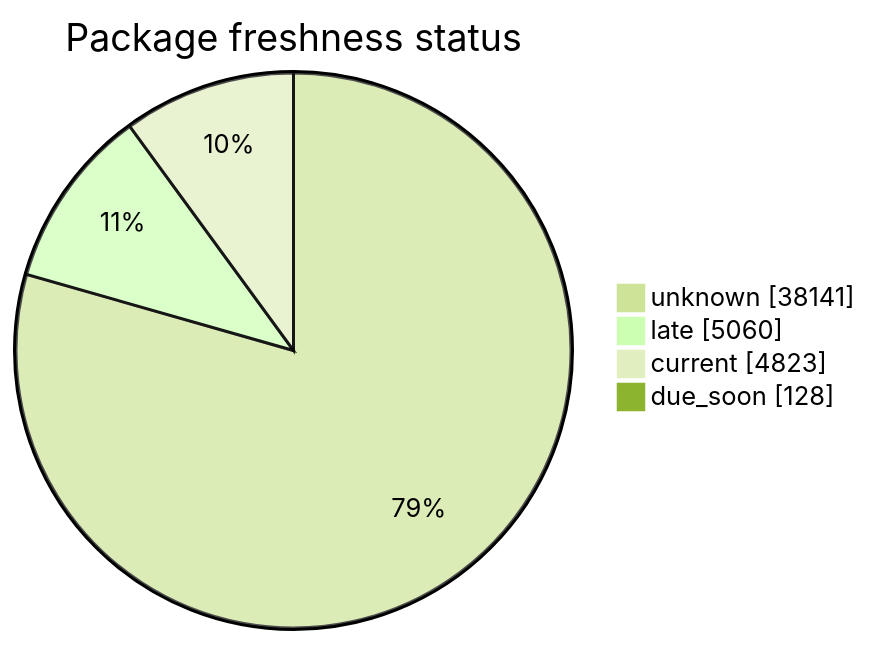
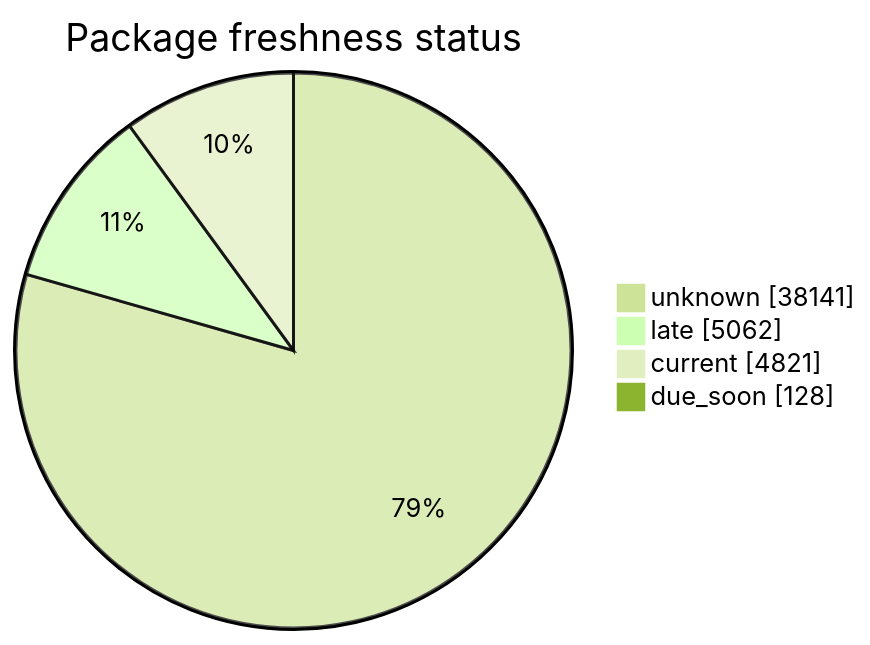
The second of 5 diagrams in FreshCheck/README.md (open-data/analytics-corporate-reporting), drawn with Mermaid (forest theme) before and after one commit. The commit also changed other lines of this file and 3 other files, not shown here.

````diff
--- a/FreshCheck/README.md
+++ b/FreshCheck/README.md
@@ -68,7 +68,7 @@
 ```mermaid
 pie showData title Package freshness status
     "unknown": 38141
-    "late": 5060
-    "current": 4823
+    "late": 5062
+    "current": 4821
     "due_soon": 128
 ```
````
